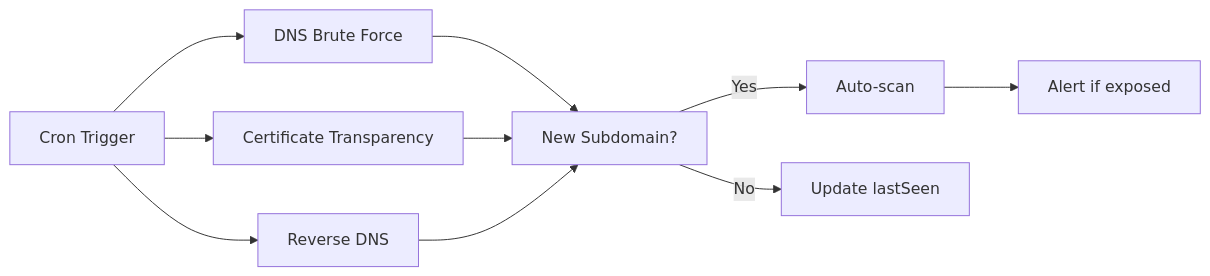
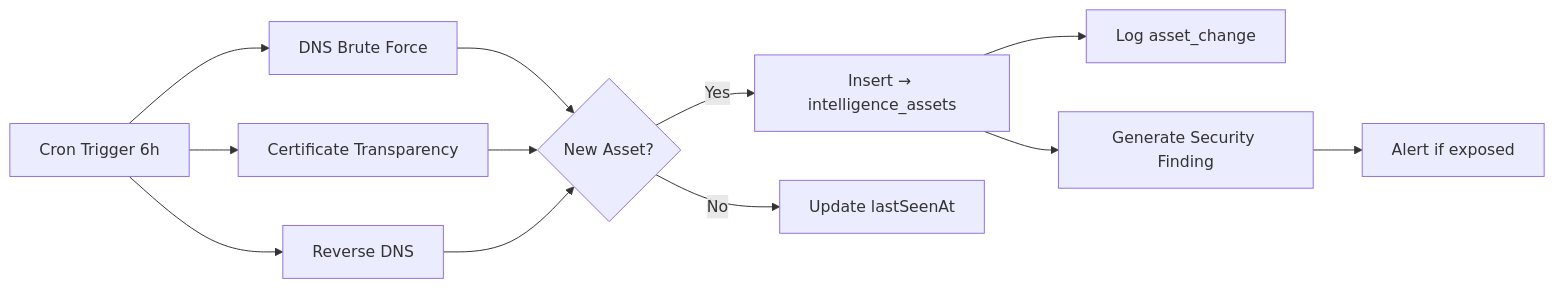
One commit to StrategicConnex/StrategicConnexAudit changed the first of 3 diagrams in docs/improvements/ROADMAP.md. Above: the diagram before and after it, drawn with Mermaid. The commit also changed other lines of this file and 61 other files, not shown here.

First line of the commit message:
feat: P0.2 Historical DNS/WHOIS tracking + SIEM alerting + security dashboard

````diff
--- a/docs/improvements/ROADMAP.md
+++ b/docs/improvements/ROADMAP.md
@@ -44,12 +50,14 @@
 ```mermaid
 flowchart LR
-    A[Cron Trigger] --> B[DNS Brute Force]
+    A[Cron Trigger 6h] --> B[DNS Brute Force]
     A --> C[Certificate Transparency]
     A --> D[Reverse DNS]
-    B --> E[New Subdomain?]
+    B --> E{New Asset?}
     C --> E
     D --> E
-    E -->|Yes| F[Auto-scan]
-    E -->|No| G[Update lastSeen]
-    F --> H[Alert if exposed]
+    E -->|Yes| F[Insert → intelligence_assets]
+    E -->|No| G[Update lastSeenAt]
+    F --> H[Log asset_change]
+    F --> I[Generate Security Finding]
+    I --> J[Alert if exposed]
 ```
````
